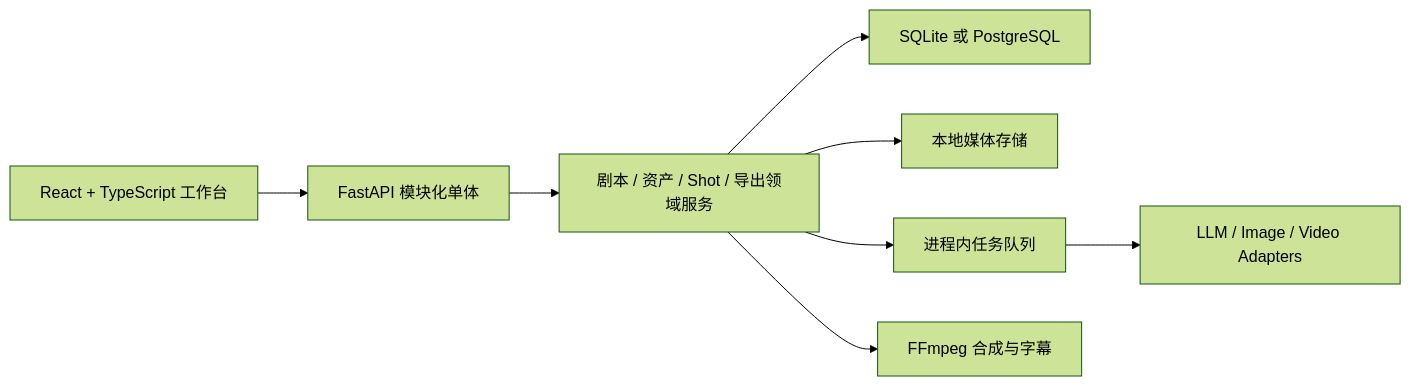
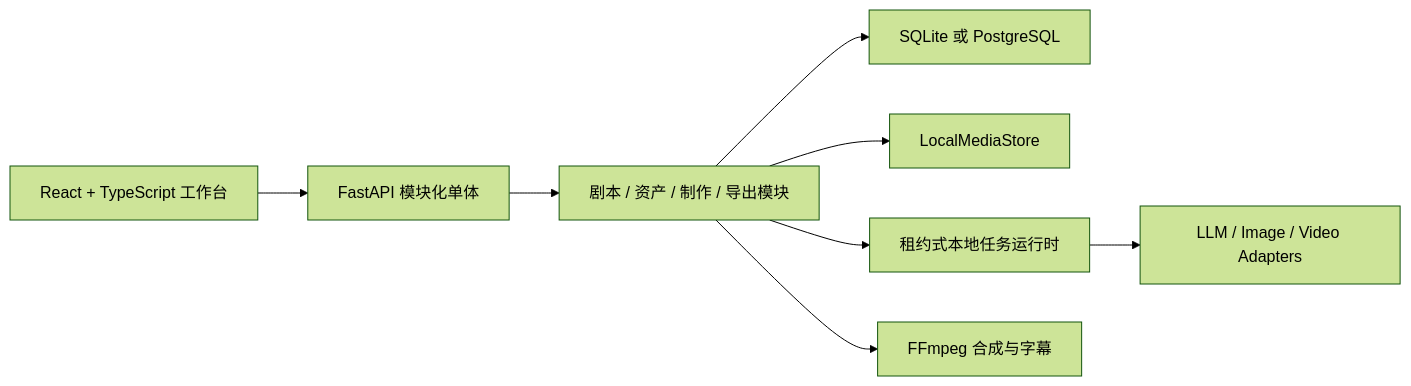
One commit to xkm1652262991/VerbaScene changed the diagram in README.md. Above: the diagram before and after it, drawn with Mermaid (forest theme). The commit also changed other lines of this file and 74 other files, not shown here.

Commit message:
feat(api): add recoverable unified task runtime

````diff
--- a/README.md
+++ b/README.md
@@ -50,10 +50,10 @@
 ```mermaid
 flowchart LR
   UI["React + TypeScript 工作台"] --> API["FastAPI 模块化单体"]
-  API --> DOMAIN["剧本 / 资产 / Shot / 导出领域服务"]
+  API --> DOMAIN["剧本 / 资产 / 制作 / 导出模块"]
   DOMAIN --> DB["SQLite 或 PostgreSQL"]
-  DOMAIN --> FILES["本地媒体存储"]
-  DOMAIN --> QUEUE["进程内任务队列"]
-  QUEUE --> PROVIDERS["LLM / Image / Video Adapters"]
+  DOMAIN --> FILES["LocalMediaStore"]
+  DOMAIN --> RUNTIME["租约式本地任务运行时"]
+  RUNTIME --> PROVIDERS["LLM / Image / Video Adapters"]
   DOMAIN --> FFMPEG["FFmpeg 合成与字幕"]
 ```
````
